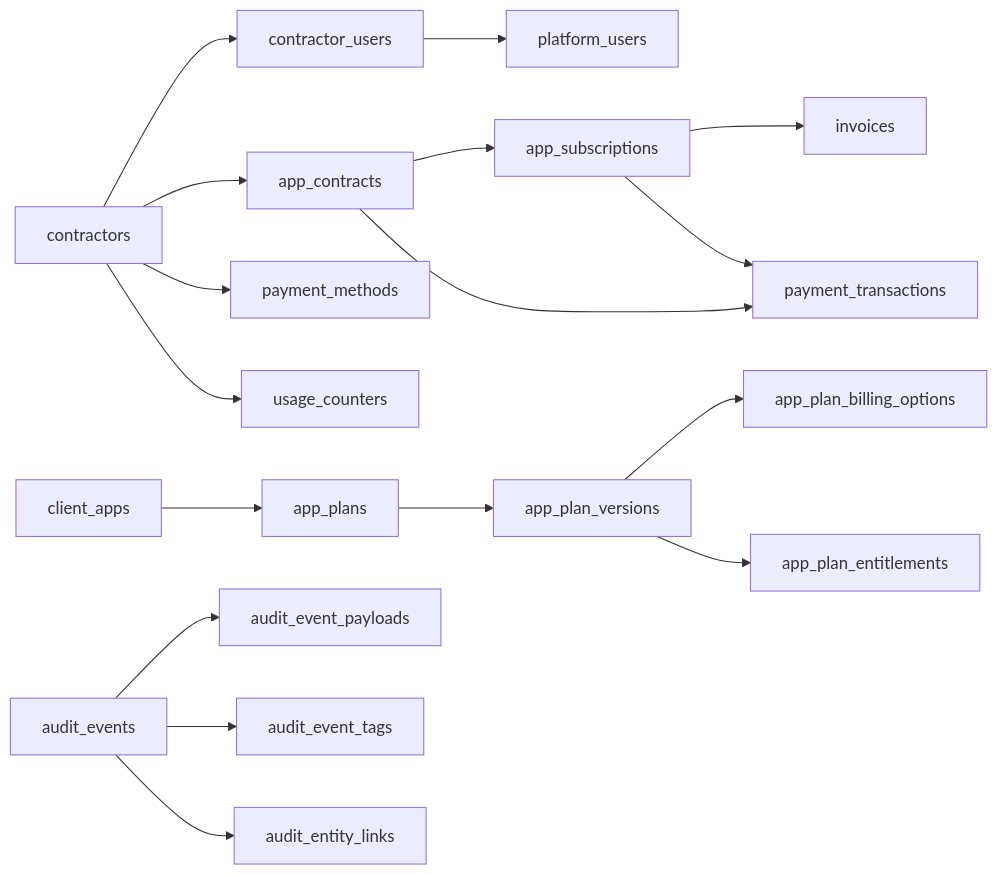
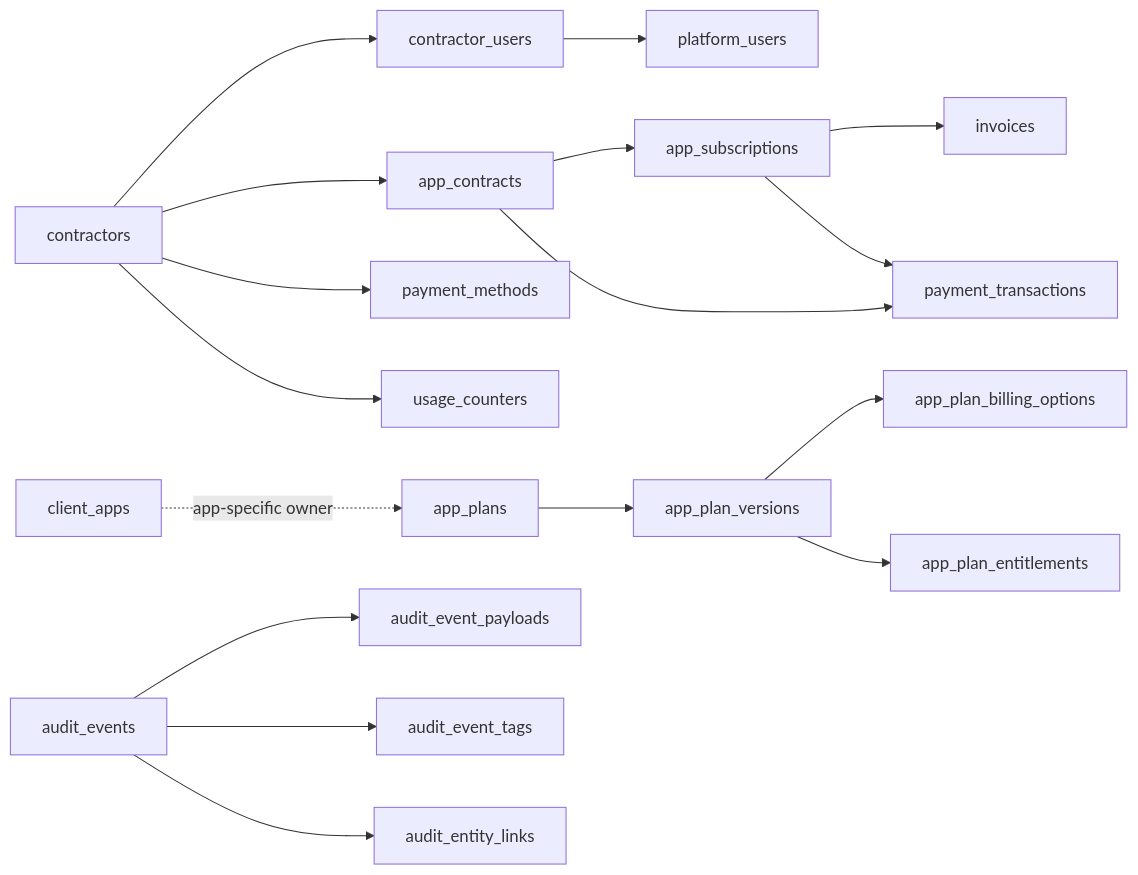
Before and after one commit to cmartinezs/keygo-server: the second of 2 diagrams in doc/03-architecture/database-schema.md, drawn with Mermaid. The commit also changed other lines of this file and 10 other files, not shown here.

Commit message:
feat(database): enable public platform billing plans and update schema documentation

````diff
--- a/doc/03-architecture/database-schema.md
+++ b/doc/03-architecture/database-schema.md
@@ -95,38 +96,39 @@
 ```mermaid
 flowchart LR
     c[contractors]
     cu[contractor_users]
     pu2[platform_users]
     ct[app_contracts]
     sub[app_subscriptions]
     inv[invoices]
     pt[payment_transactions]
     pm[payment_methods]
     uc[usage_counters]
 
     ca2[client_apps]
     ap[app_plans]
     apv[app_plan_versions]
     apbo[app_plan_billing_options]
     ape[app_plan_entitlements]
 
     ae[audit_events]
     aep[audit_event_payloads]
     aet[audit_event_tags]
     ail[audit_entity_links]
 
     c --> cu --> pu2
     c --> ct --> sub --> inv
     ct --> pt
     sub --> pt
     c --> pm
     c --> uc
 
-    ca2 --> ap --> apv
+    ca2 -. app-specific owner .-> ap
+    ap --> apv
     apv --> apbo
     apv --> ape
 
     ae --> aep
     ae --> aet
     ae --> ail
 ```
````
